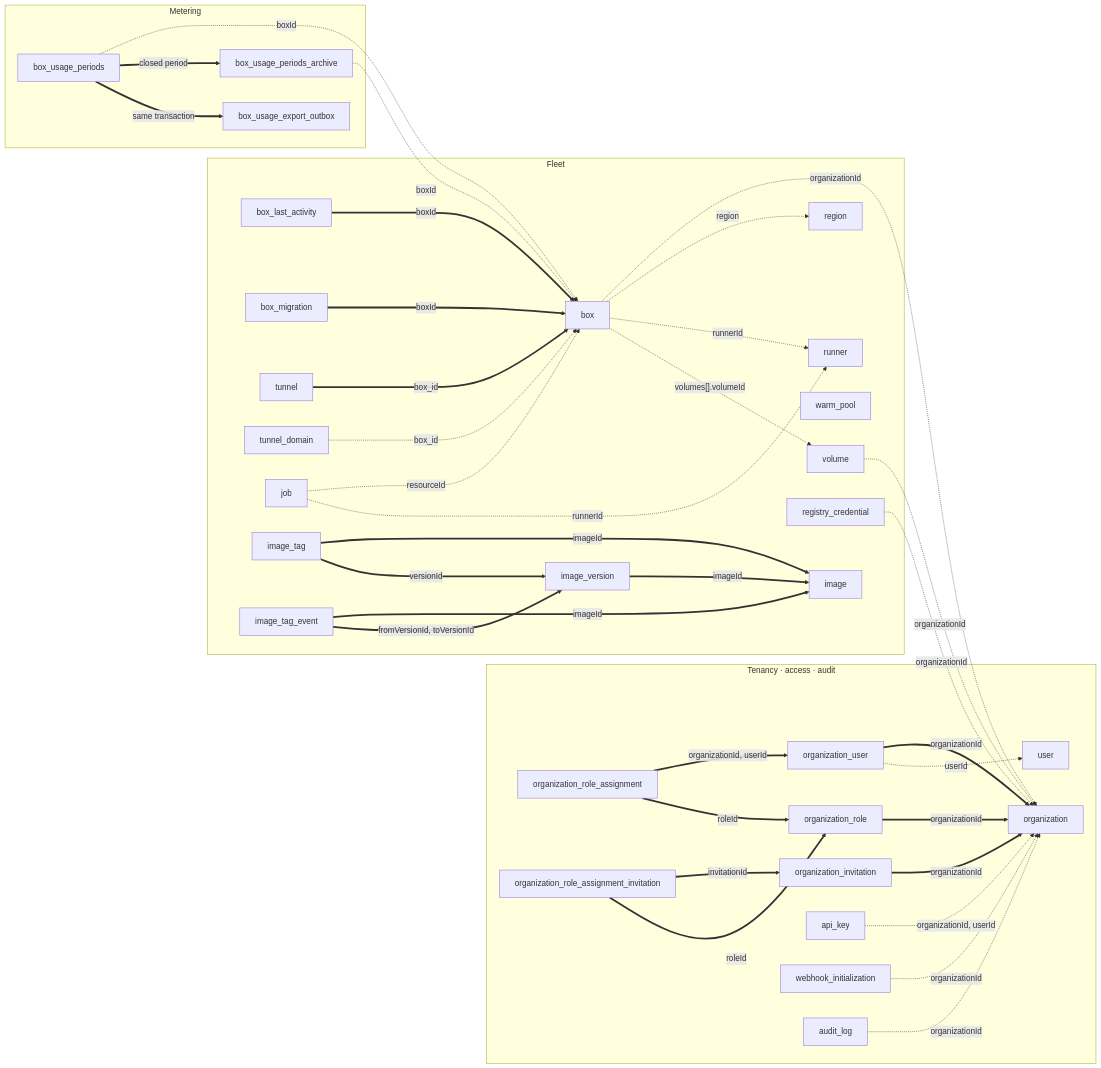
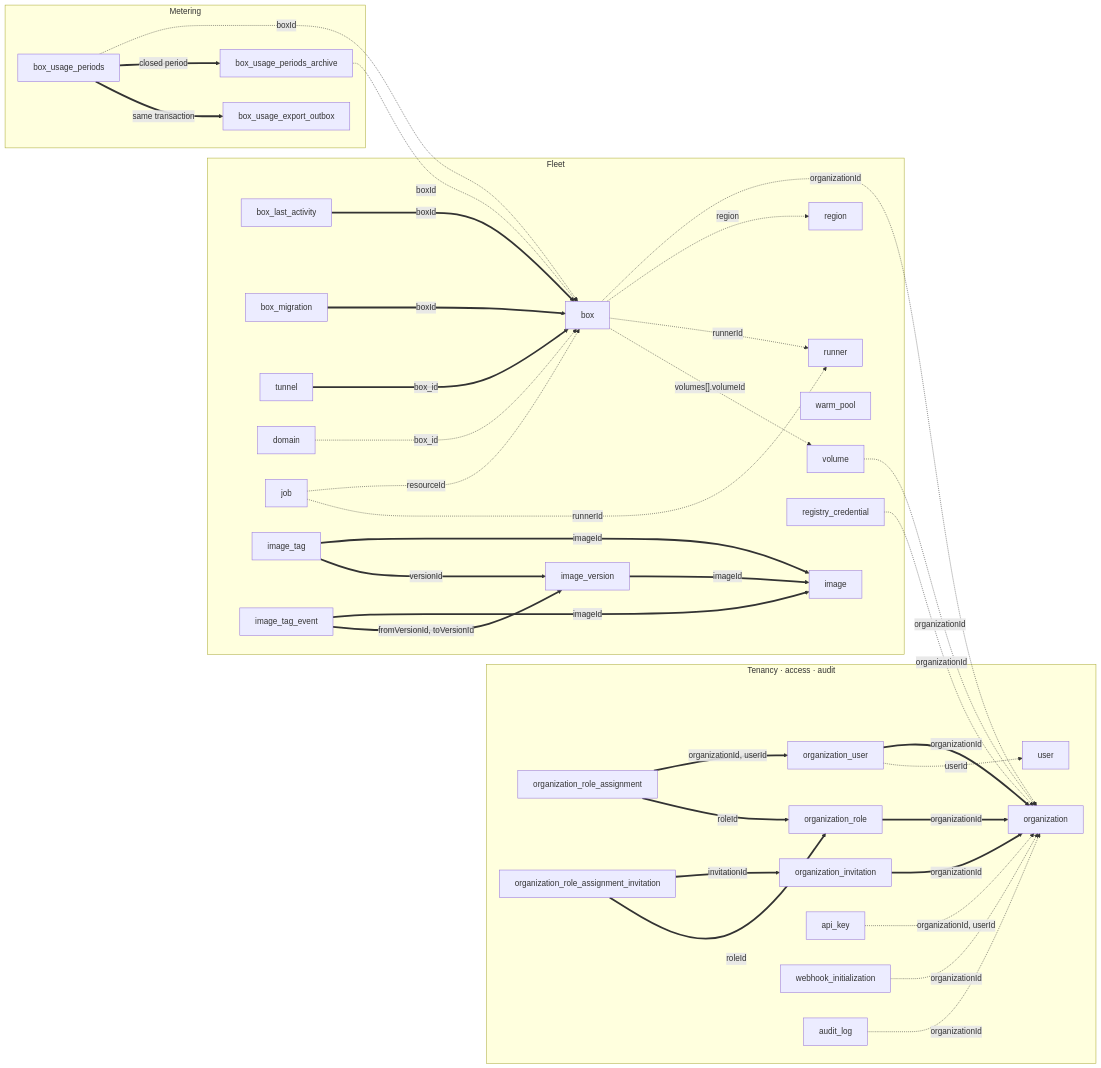
The diagram in apps/SCHEMA.md (boxlite-ai/boxlite), drawn with Mermaid before and after one commit. The commit also changed other lines of this file and 25 other files, not shown here.

First line of the commit message:
refactor(domain): decouple domains from tunnel access policy

````diff
--- a/apps/SCHEMA.md
+++ b/apps/SCHEMA.md
@@ -34,73 +34,73 @@
 ```mermaid
 flowchart LR
     subgraph tenancy["Tenancy · access · audit"]
         t_org["organization"]
         t_orguser["organization_user"]
         t_role["organization_role"]
         t_invite["organization_invitation"]
         t_assign["organization_role_assignment"]
         t_assigninv["organization_role_assignment_invitation"]
         t_user["user"]
         t_apikey["api_key"]
         t_webhook["webhook_initialization"]
         t_audit["audit_log"]
     end
 
     subgraph fleet["Fleet"]
         t_box["box"]
         t_activity["box_last_activity"]
         t_migration["box_migration"]
         t_tunnel["tunnel"]
-        t_tunneldomain["tunnel_domain"]
+        t_domain["domain"]
         t_runner["runner"]
         t_region["region"]
         t_volume["volume"]
         t_job["job"]
         t_warm["warm_pool"]
         t_image["image"]
         t_imgver["image_version"]
         t_imgtag["image_tag"]
         t_imgevent["image_tag_event"]
         t_regcred["registry_credential"]
     end
 
     subgraph metering["Metering"]
         t_period["box_usage_periods"]
         t_archive["box_usage_periods_archive"]
         t_outbox["box_usage_export_outbox"]
     end
 
     t_orguser ==>|"organizationId"| t_org
     t_role ==>|"organizationId"| t_org
     t_invite ==>|"organizationId"| t_org
     t_assign ==>|"organizationId, userId"| t_orguser
     t_assign ==>|"roleId"| t_role
     t_assigninv ==>|"invitationId"| t_invite
     t_assigninv ==>|"roleId"| t_role
     t_activity ==>|"boxId"| t_box
     t_migration ==>|"boxId"| t_box
     t_tunnel ==>|"box_id"| t_box
-    t_tunneldomain -.->|"box_id"| t_box
+    t_domain -.->|"box_id"| t_box
     t_imgver ==>|"imageId"| t_image
     t_imgtag ==>|"imageId"| t_image
     t_imgtag ==>|"versionId"| t_imgver
     t_imgevent ==>|"imageId"| t_image
     t_imgevent ==>|"fromVersionId, toVersionId"| t_imgver
 
     t_orguser -.->|"userId"| t_user
     t_apikey -.->|"organizationId, userId"| t_org
     t_webhook -.->|"organizationId"| t_org
     t_audit -.->|"organizationId"| t_org
     t_box -.->|"organizationId"| t_org
     t_box -.->|"region"| t_region
     t_box -.->|"runnerId"| t_runner
     t_box -.->|"volumes[].volumeId"| t_volume
     t_volume -.->|"organizationId"| t_org
     t_regcred -.->|"organizationId"| t_org
     t_job -.->|"resourceId"| t_box
     t_job -.->|"runnerId"| t_runner
     t_period -.->|"boxId"| t_box
     t_archive -.->|"boxId"| t_box
     t_period ==>|"closed period"| t_archive
     t_period ==>|"same transaction"| t_outbox
 ```
````
